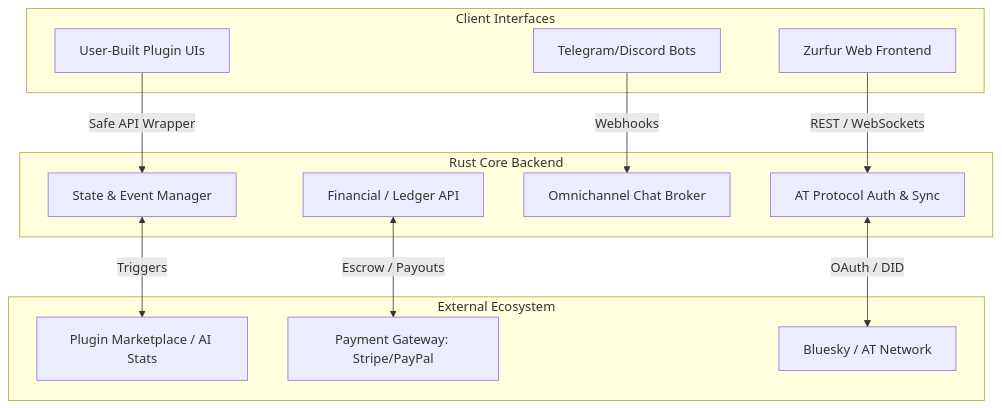
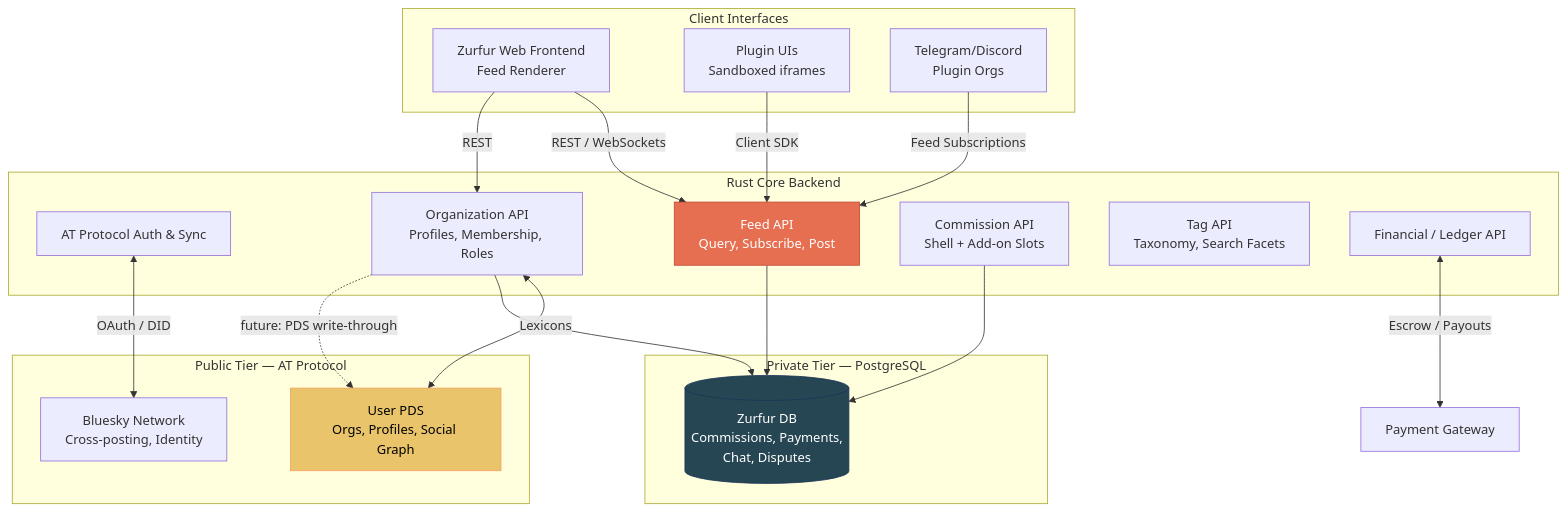
One commit to ProgrammingCheetah/ZurFur changed the eighth of 10 diagrams in design/design_document.md. Above: the diagram before and after it, drawn with Mermaid. The commit also changed other lines of this file and 13 other files, not shown here.

First line of the commit message:
docs: revise design document and all feature specs for v2 architecture

````diff
--- a/design/design_document.md
+++ b/design/design_document.md
@@ -253,29 +581,43 @@
 ```mermaid
 graph TD
-    subgraph Client Interfaces
-        WebApp[Zurfur Web Frontend]
-        CustomUI[User-Built Plugin UIs]
-        ExtChat[Telegram/Discord Bots]
+    subgraph "Client Interfaces"
+        WebApp[Zurfur Web Frontend<br/>Feed Renderer]
+        PluginUI[Plugin UIs<br/>Sandboxed iframes]
+        ExtBridge[Telegram/Discord<br/>Plugin Orgs]
     end
 
-    subgraph Rust Core Backend
-        Auth[AT Protocol Auth & Sync]
-        State[State & Event Manager]
-        Chat[Omnichannel Chat Broker]
-        Fin[Financial / Ledger API]
+    subgraph "Rust Core Backend"
+        AUTH[AT Protocol Auth & Sync]
+        FEED_API[Feed API<br/>Query, Subscribe, Post]
+        ORG_API[Organization API<br/>Profiles, Membership, Roles]
+        COMM_API[Commission API<br/>Shell + Add-on Slots]
+        TAG_API[Tag API<br/>Taxonomy, Search Facets]
+        FIN[Financial / Ledger API]
     end
 
-    subgraph External Ecosystem
-        Plugins[Plugin Marketplace / AI Stats]
-        Stripe[Payment Gateway: Stripe/PayPal]
-        Bsky[Bluesky / AT Network]
+    subgraph "Public Tier — AT Protocol"
+        PDS[User PDS<br/>Orgs, Profiles, Social Graph]
+        BSky[Bluesky Network<br/>Cross-posting, Identity]
     end
 
-    WebApp -->|REST / WebSockets| Auth
-    CustomUI -->|Safe API Wrapper| State
-    ExtChat -->|Webhooks| Chat
+    subgraph "Private Tier — PostgreSQL"
+        DB[(Zurfur DB<br/>Commissions, Payments,<br/>Chat, Disputes)]
+    end
 
-    Auth <-->|OAuth / DID| Bsky
-    Fin <-->|Escrow / Payouts| Stripe
-    State <-->|Triggers| Plugins
+    WebApp -->|REST / WebSockets| FEED_API
+    WebApp -->|REST| ORG_API
+    PluginUI -->|Client SDK| FEED_API
+    ExtBridge -->|Feed Subscriptions| FEED_API
+
+    AUTH <-->|OAuth / DID| BSky
+    ORG_API <-->|Lexicons| PDS
+    FIN <-->|Escrow / Payouts| Stripe[Payment Gateway]
+    FEED_API --> DB
+    COMM_API --> DB
+    ORG_API --> DB
+    ORG_API -.->|future: PDS write-through| PDS
+
+    style FEED_API fill:#e76f51,stroke:#c44536,color:#fff
+    style DB fill:#264653,stroke:#1d3557,color:#fff
+    style PDS fill:#e9c46a,stroke:#f4a261,color:#000
 ```
````
